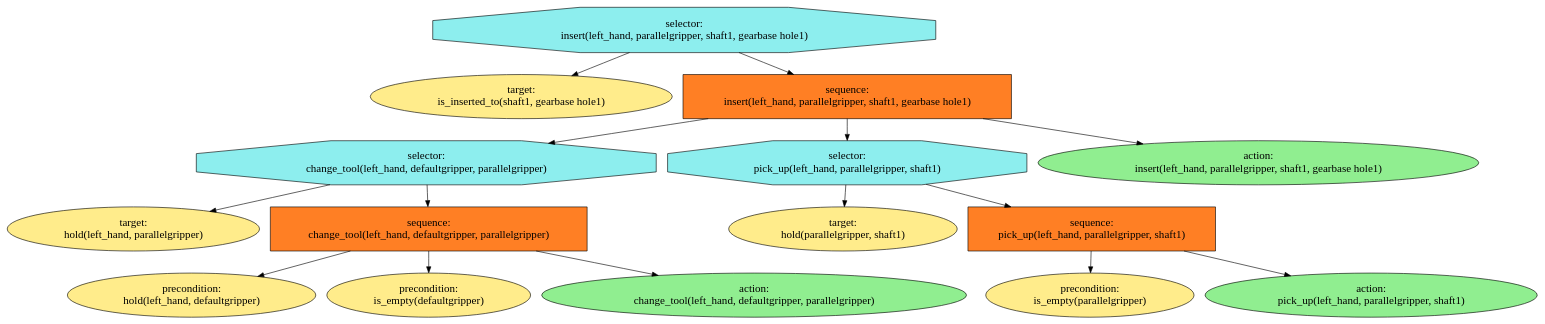
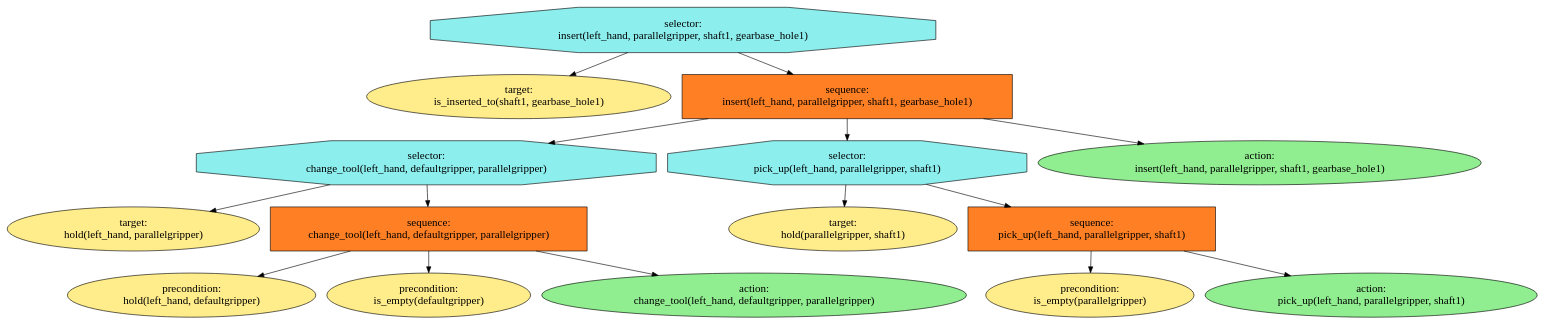
Before and after one commit to ProNeverFake/kios: the diagram in kios_bt_planning/kios_utils/visualisation.dot, drawn with Graphviz. The commit also changed 4 other files, not shown here.

```diff
--- a/kios_bt_planning/kios_utils/visualisation.dot
+++ b/kios_bt_planning/kios_utils/visualisation.dot
@@ -1,93 +1,93 @@
 digraph pastafarianism {
 ordering=out;
 graph [fontname="times-roman"];
 node [fontname="times-roman"];
 edge [fontname="times-roman"];
 "selector:
- insert(left_hand, parallelgripper, shaft1, gearbase hole1)" [fillcolor=darkslategray2, fontcolor=black, fontsize=18, label="selector:
- insert(left_hand, parallelgripper, shaft1, gearbase hole1)", shape=octagon, style=filled];
+ insert(left_hand, parallelgripper, shaft1, gearbase_hole1)" [fillcolor=darkslategray2, fontcolor=black, fontsize=18, label="selector:
+ insert(left_hand, parallelgripper, shaft1, gearbase_hole1)", shape=octagon, style=filled];
 "target:
- is_inserted_to(shaft1, gearbase hole1)" [fillcolor=lightgoldenrod1, fontcolor=black, fontsize=18, height=1.0, label="target:
- is_inserted_to(shaft1, gearbase hole1)", shape=ellipse, style=filled];
+ is_inserted_to(shaft1, gearbase_hole1)" [fillcolor=lightgoldenrod1, fontcolor=black, fontsize=18, height=1.0, label="target:
+ is_inserted_to(shaft1, gearbase_hole1)", shape=ellipse, style=filled];
 "selector:
- insert(left_hand, parallelgripper, shaft1, gearbase hole1)" -> "target:
- is_inserted_to(shaft1, gearbase hole1)";
+ insert(left_hand, parallelgripper, shaft1, gearbase_hole1)" -> "target:
+ is_inserted_to(shaft1, gearbase_hole1)";
 "sequence:
- insert(left_hand, parallelgripper, shaft1, gearbase hole1)" [fillcolor=chocolate1, fontcolor=black, fontsize=18, height=1.0, label="sequence:
- insert(left_hand, parallelgripper, shaft1, gearbase hole1)", shape=box, style=filled];
+ insert(left_hand, parallelgripper, shaft1, gearbase_hole1)" [fillcolor=chocolate1, fontcolor=black, fontsize=18, height=1.0, label="sequence:
+ insert(left_hand, parallelgripper, shaft1, gearbase_hole1)", shape=box, style=filled];
 "selector:
- insert(left_hand, parallelgripper, shaft1, gearbase hole1)" -> "sequence:
- insert(left_hand, parallelgripper, shaft1, gearbase hole1)";
+ insert(left_hand, parallelgripper, shaft1, gearbase_hole1)" -> "sequence:
+ insert(left_hand, parallelgripper, shaft1, gearbase_hole1)";
 "selector:
  change_tool(left_hand, defaultgripper, parallelgripper)" [fillcolor=darkslategray2, fontcolor=black, fontsize=18, height=1.0, label="selector:
  change_tool(left_hand, defaultgripper, parallelgripper)", shape=octagon, style=filled];
 "sequence:
- insert(left_hand, parallelgripper, shaft1, gearbase hole1)" -> "selector:
+ insert(left_hand, parallelgripper, shaft1, gearbase_hole1)" -> "selector:
  change_tool(left_hand, defaultgripper, parallelgripper)";
 "target:
  hold(left_hand, parallelgripper)" [fillcolor=lightgoldenrod1, fontcolor=black, fontsize=18, height=1.0, label="target:
  hold(left_hand, parallelgripper)", shape=ellipse, style=filled];
 "selector:
  change_tool(left_hand, defaultgripper, parallelgripper)" -> "target:
  hold(left_hand, parallelgripper)";
 "sequence:
  change_tool(left_hand, defaultgripper, parallelgripper)" [fillcolor=chocolate1, fontcolor=black, fontsize=18, height=1.0, label="sequence:
  change_tool(left_hand, defaultgripper, parallelgripper)", shape=box, style=filled];
 "selector:
  change_tool(left_hand, defaultgripper, parallelgripper)" -> "sequence:
  change_tool(left_hand, defaultgripper, parallelgripper)";
 "precondition:
  hold(left_hand, defaultgripper)" [fillcolor=lightgoldenrod1, fontcolor=black, fontsize=18, height=1.0, label="precondition:
  hold(left_hand, defaultgripper)", shape=ellipse, style=filled];
 "sequence:
  change_tool(left_hand, defaultgripper, parallelgripper)" -> "precondition:
  hold(left_hand, defaultgripper)";
 "precondition:
  is_empty(defaultgripper)" [fillcolor=lightgoldenrod1, fontcolor=black, fontsize=18, height=1.0, label="precondition:
  is_empty(defaultgripper)", shape=ellipse, style=filled];
 "sequence:
  change_tool(left_hand, defaultgripper, parallelgripper)" -> "precondition:
  is_empty(defaultgripper)";
 "action:
  change_tool(left_hand, defaultgripper, parallelgripper)" [fillcolor=lightgreen, fontcolor=black, fontsize=18, height=1.0, label="action:
  change_tool(left_hand, defaultgripper, parallelgripper)", shape=ellipse, style=filled];
 "sequence:
  change_tool(left_hand, defaultgripper, parallelgripper)" -> "action:
  change_tool(left_hand, defaultgripper, parallelgripper)";
 "selector:
  pick_up(left_hand, parallelgripper, shaft1)" [fillcolor=darkslategray2, fontcolor=black, fontsize=18, height=1.0, label="selector:
  pick_up(left_hand, parallelgripper, shaft1)", shape=octagon, style=filled];
 "sequence:
- insert(left_hand, parallelgripper, shaft1, gearbase hole1)" -> "selector:
+ insert(left_hand, parallelgripper, shaft1, gearbase_hole1)" -> "selector:
  pick_up(left_hand, parallelgripper, shaft1)";
 "target:
  hold(parallelgripper, shaft1)" [fillcolor=lightgoldenrod1, fontcolor=black, fontsize=18, height=1.0, label="target:
  hold(parallelgripper, shaft1)", shape=ellipse, style=filled];
 "selector:
  pick_up(left_hand, parallelgripper, shaft1)" -> "target:
  hold(parallelgripper, shaft1)";
 "sequence:
  pick_up(left_hand, parallelgripper, shaft1)" [fillcolor=chocolate1, fontcolor=black, fontsize=18, height=1.0, label="sequence:
  pick_up(left_hand, parallelgripper, shaft1)", shape=box, style=filled];
 "selector:
  pick_up(left_hand, parallelgripper, shaft1)" -> "sequence:
  pick_up(left_hand, parallelgripper, shaft1)";
 "precondition:
  is_empty(parallelgripper)" [fillcolor=lightgoldenrod1, fontcolor=black, fontsize=18, height=1.0, label="precondition:
  is_empty(parallelgripper)", shape=ellipse, style=filled];
 "sequence:
  pick_up(left_hand, parallelgripper, shaft1)" -> "precondition:
  is_empty(parallelgripper)";
 "action:
  pick_up(left_hand, parallelgripper, shaft1)" [fillcolor=lightgreen, fontcolor=black, fontsize=18, height=1.0, label="action:
  pick_up(left_hand, parallelgripper, shaft1)", shape=ellipse, style=filled];
 "sequence:
  pick_up(left_hand, parallelgripper, shaft1)" -> "action:
  pick_up(left_hand, parallelgripper, shaft1)";
 "action:
- insert(left_hand, parallelgripper, shaft1, gearbase hole1)" [fillcolor=lightgreen, fontcolor=black, fontsize=18, height=1.0, label="action:
- insert(left_hand, parallelgripper, shaft1, gearbase hole1)", shape=ellipse, style=filled];
+ insert(left_hand, parallelgripper, shaft1, gearbase_hole1)" [fillcolor=lightgreen, fontcolor=black, fontsize=18, height=1.0, label="action:
+ insert(left_hand, parallelgripper, shaft1, gearbase_hole1)", shape=ellipse, style=filled];
 "sequence:
- insert(left_hand, parallelgripper, shaft1, gearbase hole1)" -> "action:
- insert(left_hand, parallelgripper, shaft1, gearbase hole1)";
+ insert(left_hand, parallelgripper, shaft1, gearbase_hole1)" -> "action:
+ insert(left_hand, parallelgripper, shaft1, gearbase_hole1)";
 }
```
